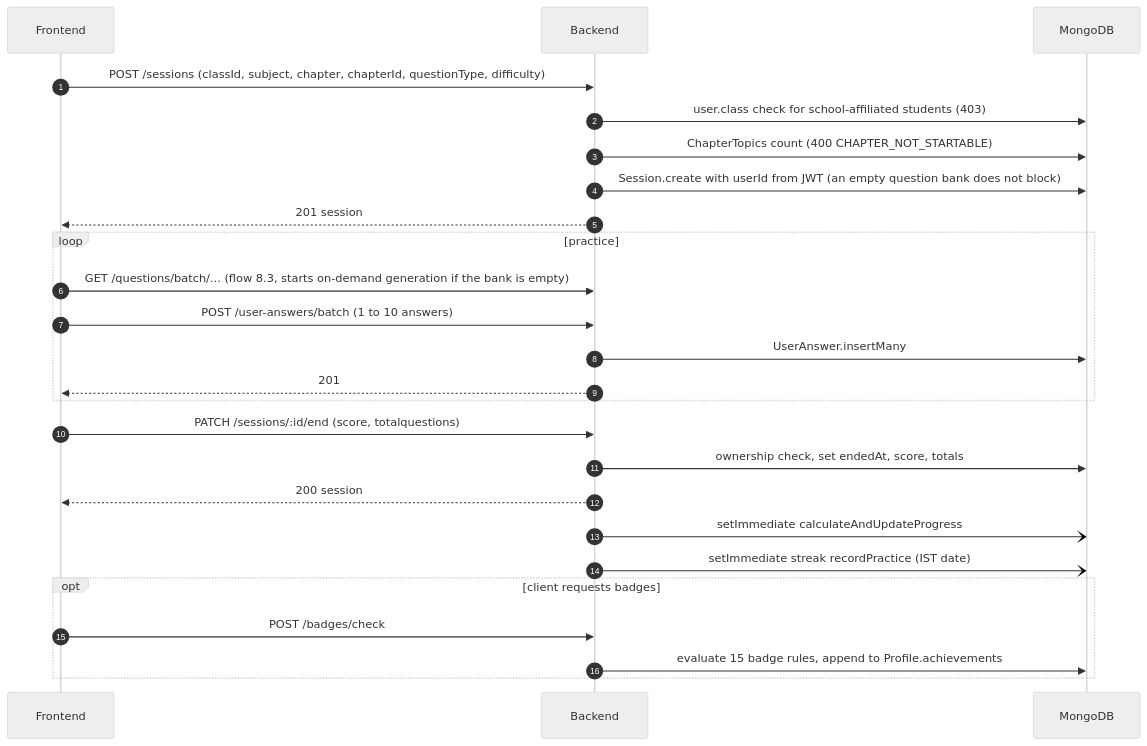
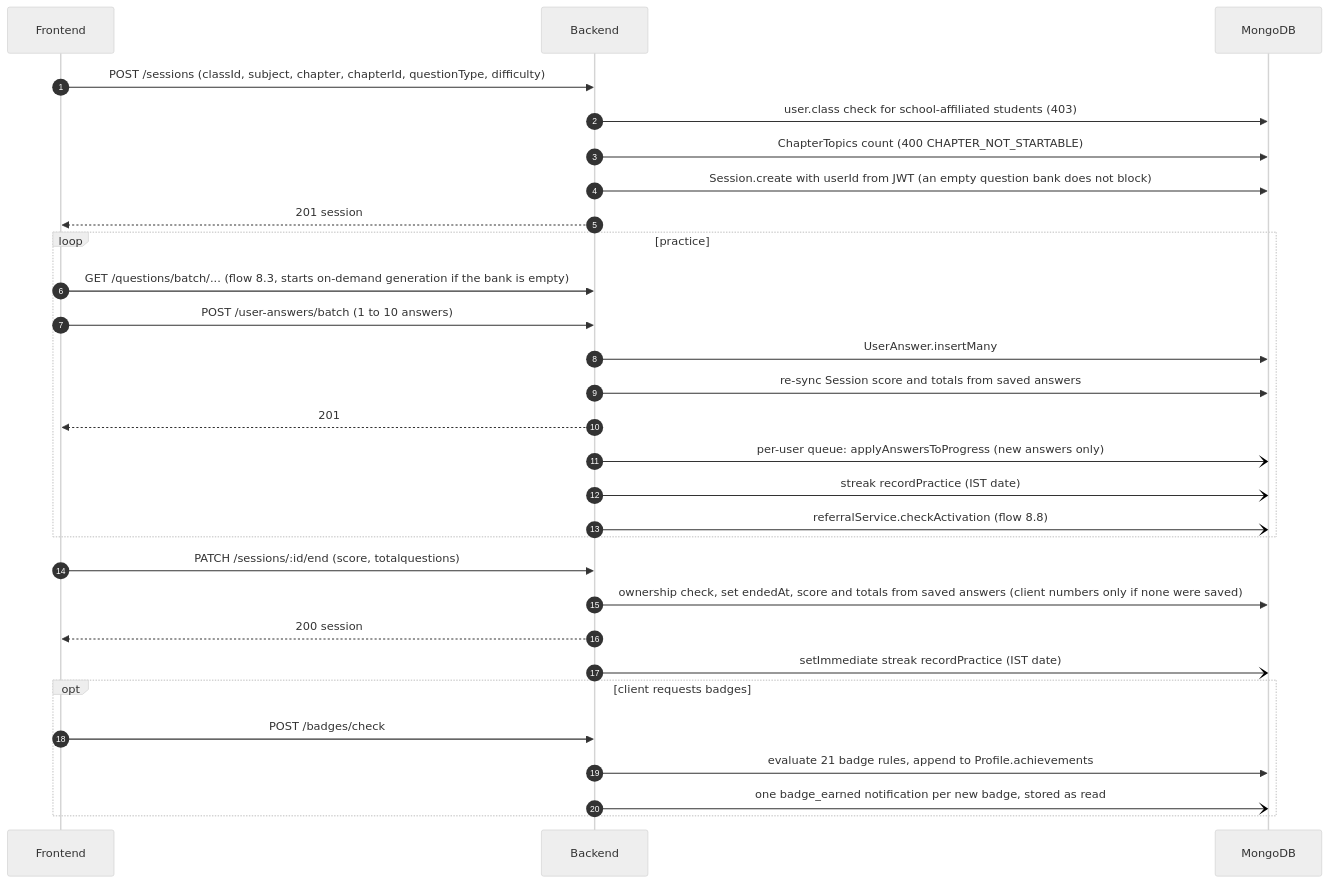
The tenth of 17 diagrams in docs/backend/lld.md (AskAide-AI/docs), drawn with Mermaid (neutral theme) before and after one commit. The commit also changed other lines of this file and 46 other files, not shown here.

````diff
--- a/docs/backend/lld.md
+++ b/docs/backend/lld.md
@@ -769,27 +897,31 @@
 ```mermaid
 sequenceDiagram
     autonumber
     participant FE as Frontend
     participant BE as Backend
     participant DB as MongoDB
     FE->>BE: POST /sessions (classId, subject, chapter, chapterId, questionType, difficulty)
     BE->>DB: user.class check for school-affiliated students (403)
     BE->>DB: ChapterTopics count (400 CHAPTER_NOT_STARTABLE)
     BE->>DB: Session.create with userId from JWT (an empty question bank does not block)
     BE-->>FE: 201 session
     loop practice
         FE->>BE: GET /questions/batch/... (flow 8.3, starts on-demand generation if the bank is empty)
         FE->>BE: POST /user-answers/batch (1 to 10 answers)
         BE->>DB: UserAnswer.insertMany
+        BE->>DB: re-sync Session score and totals from saved answers
         BE-->>FE: 201
+        BE-)DB: per-user queue: applyAnswersToProgress (new answers only)
+        BE-)DB: streak recordPractice (IST date)
+        BE-)DB: referralService.checkActivation (flow 8.8)
     end
     FE->>BE: PATCH /sessions/:id/end (score, totalquestions)
-    BE->>DB: ownership check, set endedAt, score, totals
+    BE->>DB: ownership check, set endedAt, score and totals from saved answers (client numbers only if none were saved)
     BE-->>FE: 200 session
-    BE-)DB: setImmediate calculateAndUpdateProgress
     BE-)DB: setImmediate streak recordPractice (IST date)
     opt client requests badges
         FE->>BE: POST /badges/check
-        BE->>DB: evaluate 15 badge rules, append to Profile.achievements
+        BE->>DB: evaluate 21 badge rules, append to Profile.achievements
+        BE-)DB: one badge_earned notification per new badge, stored as read
     end
 ```
````
